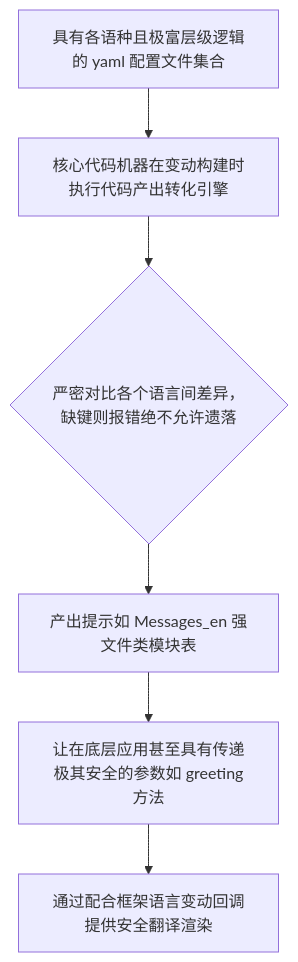
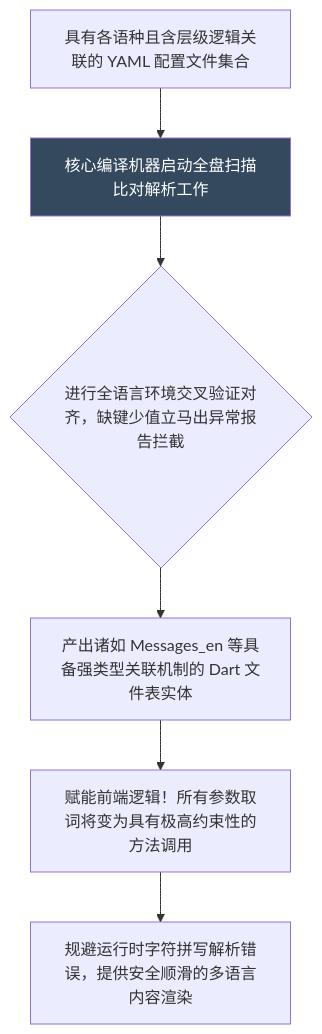
Before and after one commit to happyphper/blog: the diagram in posts/2026/0221/i69n.md, drawn with Mermaid. The commit also changed other lines of this file and 4 other files, not shown here.

Commit message:
docs(0221): 精简与优化博文词句质量并消除过度修饰词 (graphql, gsettings, hive_ce_generator, http_client_helper, i69n)

````diff
--- a/posts/2026/0221/i69n.md
+++ b/posts/2026/0221/i69n.md
@@ -17,8 +26,9 @@
 ```mermaid
 graph TD
-    A[具有各语种且极富层级逻辑的 yaml 配置文件集合] --> B[核心代码机器在变动构建时执行代码产出转化引擎]
-    B --> C{严密对比各个语言间差异，缺键则报错绝不允许遗落}
-    C --> D[产出提示如 Messages_en 强文件类模块表]
-    D --> E[让在底层应用甚至具有传递极其安全的参数如 greeting方法]
-    E --> F[通过配合框架语言变动回调提供安全翻译渲染]
+    A[具有各语种且含层级逻辑关联的 YAML 配置文件集合] --> B[核心编译机器启动全盘扫描比对解析工作]
+    B --> C{进行全语言环境交叉验证对齐，缺键少值立马出异常报告拦截}
+    C --> D[产出诸如 Messages_en 等具备强类型关联机制的 Dart 文件表实体]
+    D --> E[赋能前端逻辑！所有参数取词将变为具有极高约束性的方法调用]
+    E --> F[规避运行时字符拼写解析错误，提供安全顺滑的多语言内容渲染]
+    style B fill:#34495e,color:white
 ```
````
